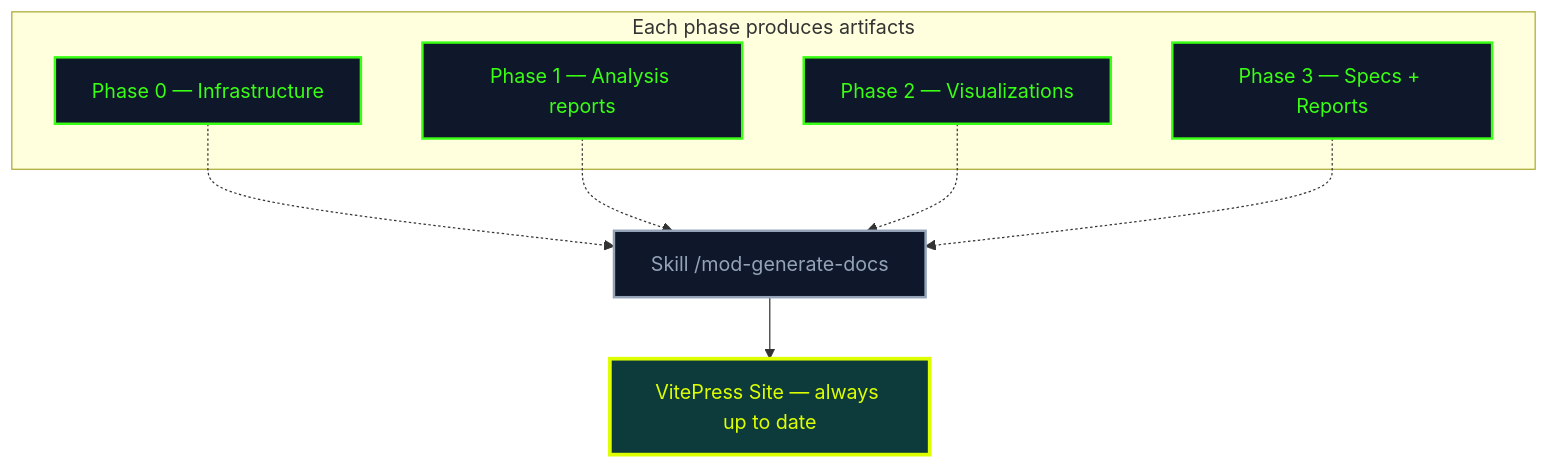
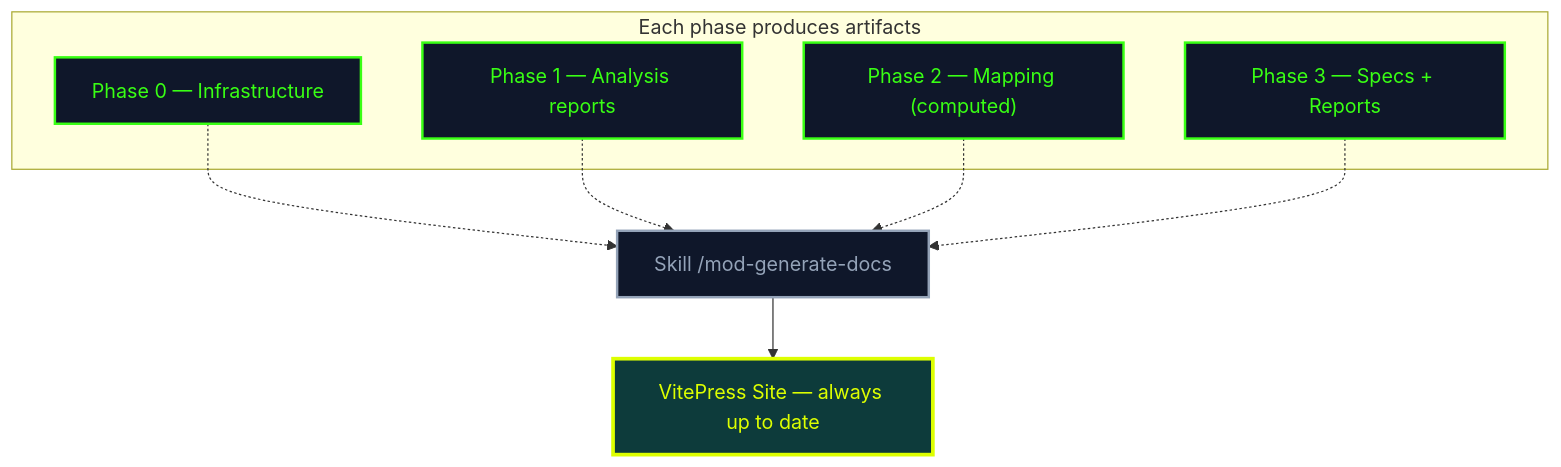
Diagram 14 of 15 in docs/en/guide/methodology.md (fondative/claude-code-ecosystem), drawn with Mermaid before and after one commit. The commit also changed other lines of this file and 395 other files, not shown here.

````diff
--- a/docs/en/guide/methodology.md
+++ b/docs/en/guide/methodology.md
@@ -604,26 +768,26 @@
 ```mermaid
 graph TB
     subgraph PHASES["Each phase produces artifacts"]
         P0["Phase 0 — Infrastructure"]
         P1["Phase 1 — Analysis reports"]
-        P2["Phase 2 — Visualizations"]
+        P2["Phase 2 — Mapping (computed)"]
         P3["Phase 3 — Specs + Reports"]
     end
 
     D["Skill /mod-generate-docs"]
     V["VitePress Site — always up to date"]
 
     P0 -.-> D
     P1 -.-> D
     P2 -.-> D
     P3 -.-> D
     D --> V
 
     classDef phase fill:#0f172a,stroke:#39ff14,stroke-width:2px,color:#39ff14
     classDef haiku fill:#0f172a,stroke:#94a3b8,stroke-width:2px,color:#94a3b8
     classDef output fill:#0d3b3b,stroke:#ddff00,stroke-width:3px,color:#ddff00
 
     class P0,P1,P2,P3 phase
     class D haiku
     class V output
 ```
````
